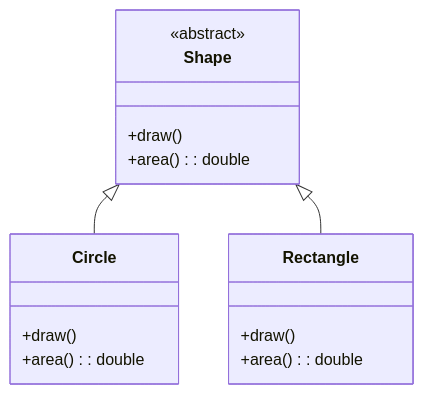
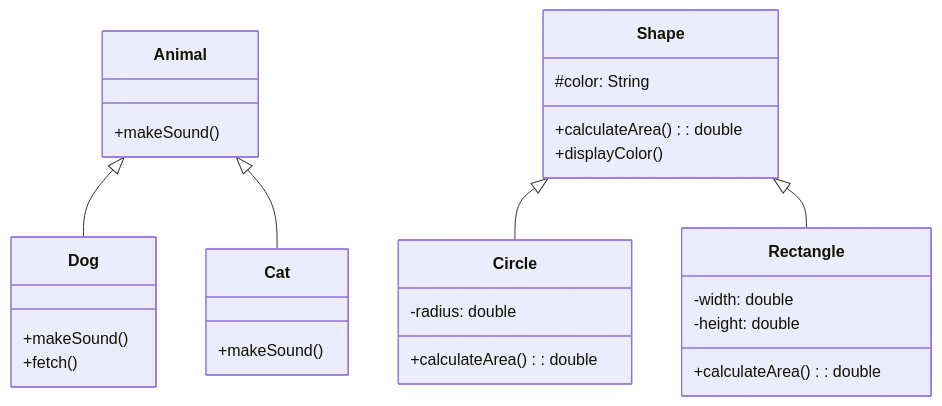
The diagram in oop-principles-in-java/README.md (VrushankPatel/interview-matters), drawn with Mermaid before and after one commit. The commit also changed other lines of this file and 5 other files, not shown here.

````diff
--- a/oop-principles-in-java/README.md
+++ b/oop-principles-in-java/README.md
@@ -78,18 +222,37 @@
 ```mermaid
 classDiagram
-    class Shape {
-        <<abstract>>
-        +draw()
-        +area(): double
-    }
+    Animal <|-- Dog
+    Animal <|-- Cat
     Shape <|-- Circle
     Shape <|-- Rectangle
+    
+    class Animal {
+        +makeSound()
+    }
+    
+    class Dog {
+        +makeSound()
+        +fetch()
+    }
+    
+    class Cat {
+        +makeSound()
+    }
+    
+    class Shape {
+        #color: String
+        +calculateArea(): double
+        +displayColor()
+    }
+    
     class Circle {
-        +draw()
-        +area(): double
+        -radius: double
+        +calculateArea(): double
     }
+    
     class Rectangle {
-        +draw()
-        +area(): double
+        -width: double
+        -height: double
+        +calculateArea(): double
     }
 ```
````
